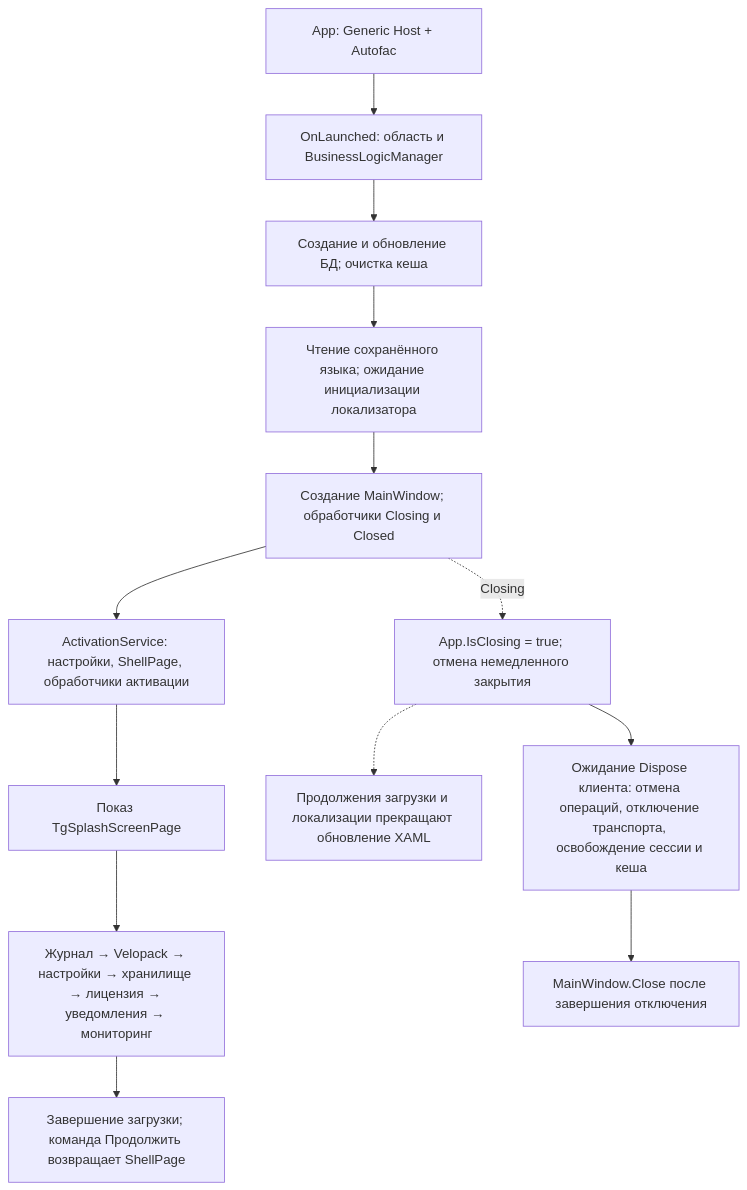
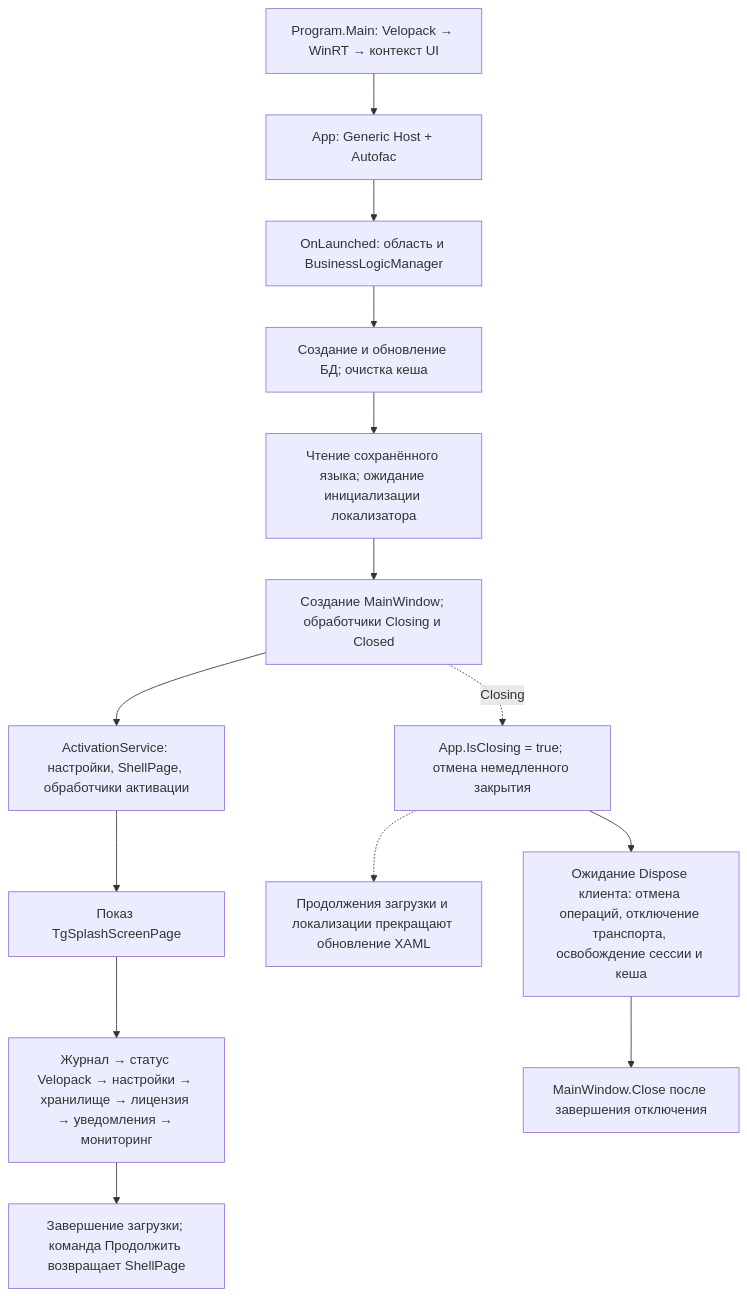
Before and after one commit to DamianMorozov/OpenTgResearcher: the second of 4 diagrams in ARCHITECTURE.md, drawn with Mermaid. The commit also changed other lines of this file and 26 other files, not shown here.

````diff
--- a/ARCHITECTURE.md
+++ b/ARCHITECTURE.md
@@ -70,15 +70,16 @@
 ```mermaid
 flowchart TD
+    Entry["Program.Main: Velopack → WinRT → контекст UI"] --> Host
     Host["App: Generic Host + Autofac"] --> Manager["OnLaunched: область и BusinessLogicManager"]
     Manager --> Database["Создание и обновление БД; очистка кеша"]
     Database --> Language["Чтение сохранённого языка; ожидание инициализации локализатора"]
     Language --> Window["Создание MainWindow; обработчики Closing и Closed"]
     Window --> Activation["ActivationService: настройки, ShellPage, обработчики активации"]
     Activation --> Splash["Показ TgSplashScreenPage"]
-    Splash --> Stages["Журнал → Velopack → настройки → хранилище → лицензия → уведомления → мониторинг"]
+    Splash --> Stages["Журнал → статус Velopack → настройки → хранилище → лицензия → уведомления → мониторинг"]
     Stages --> Complete["Завершение загрузки; команда Продолжить возвращает ShellPage"]
     Window -. "Closing" .-> Closing["App.IsClosing = true; отмена немедленного закрытия"]
     Closing -.-> Guards["Продолжения загрузки и локализации прекращают обновление XAML"]
     Closing --> Disconnect["Ожидание Dispose клиента: отмена операций, отключение транспорта, освобождение сессии и кеша"]
     Disconnect --> Close["MainWindow.Close после завершения отключения"]
 ```
````
